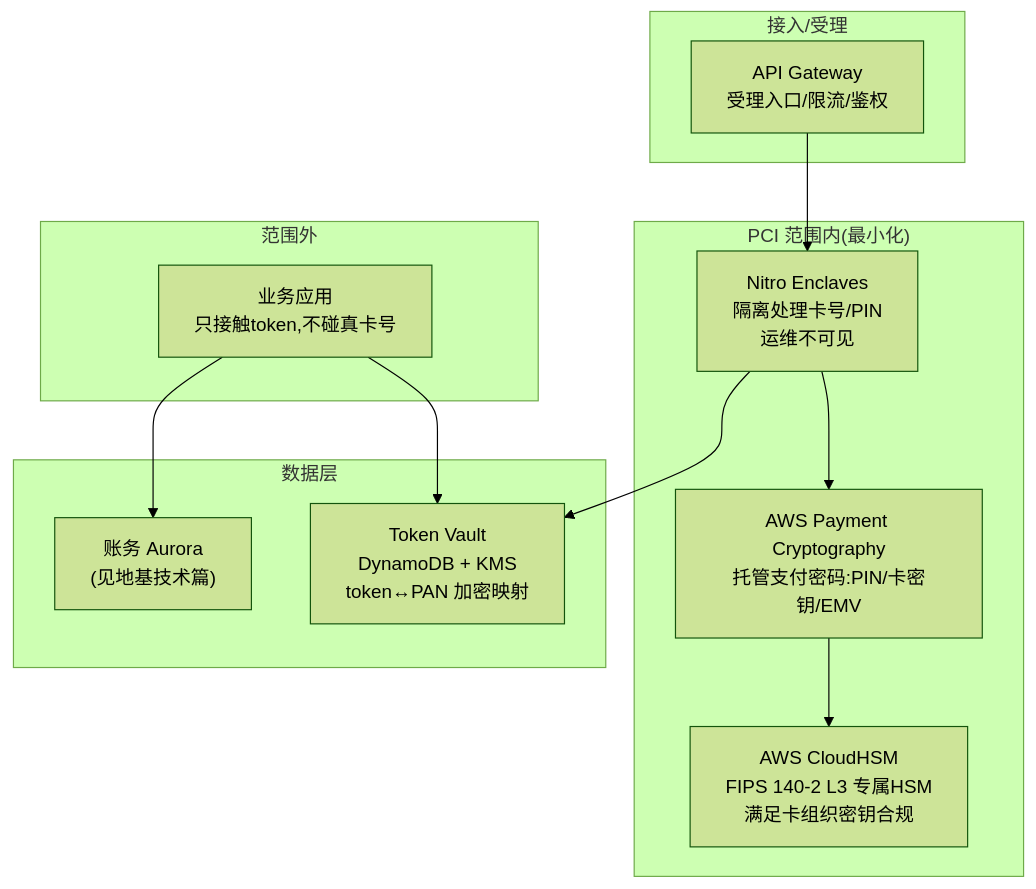
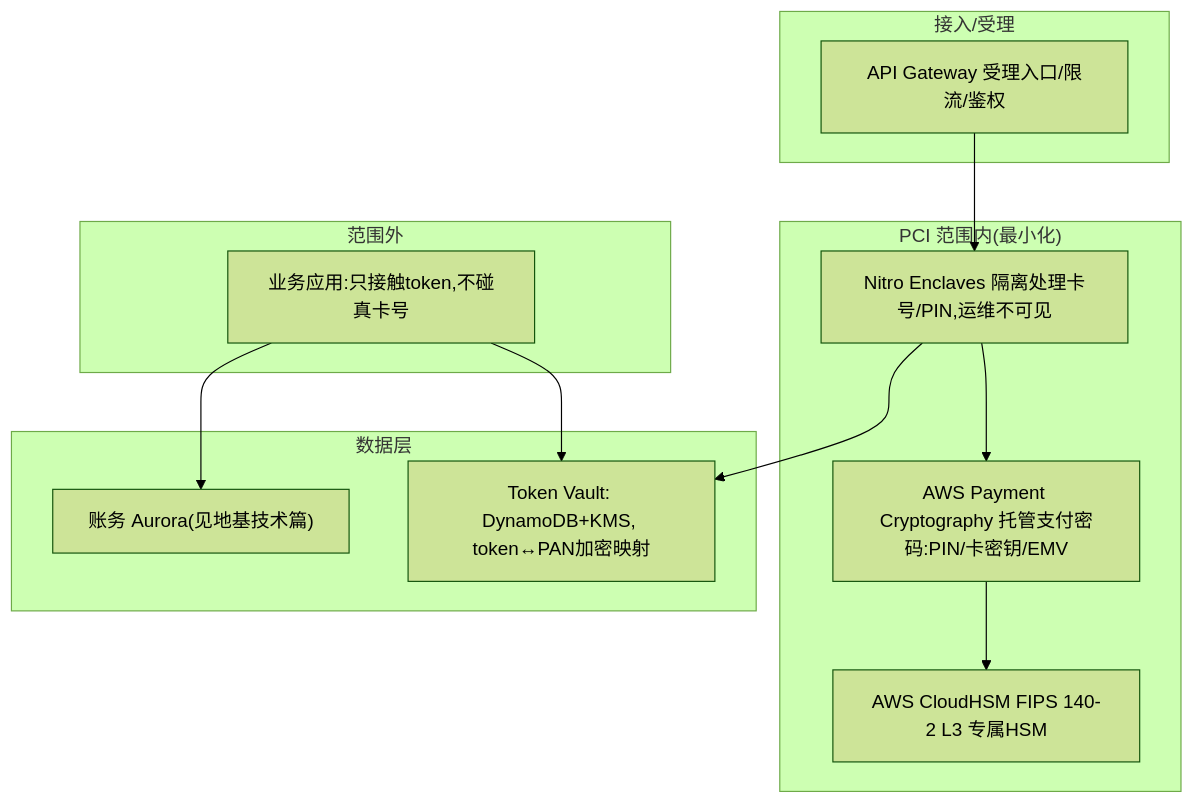
Before and after one commit to loong-ju/tech-research: diagram 12 of 14 in payment/traditional-payment/01-cards-tech-aws.md, drawn with Mermaid (forest theme). The commit also changed other lines of this file and 4 other files, not shown here.

````diff
--- a/payment/traditional-payment/01-cards-tech-aws.md
+++ b/payment/traditional-payment/01-cards-tech-aws.md
@@ -152,24 +283,22 @@
 ```mermaid
 flowchart TB
     subgraph EDGE["接入/受理"]
-        APIGW["API Gateway<br/>受理入口/限流/鉴权"]
+        APIGW["API Gateway 受理入口/限流/鉴权"]
     end
     subgraph SCOPE["PCI 范围内(最小化)"]
-        ENCLAVE["Nitro Enclaves<br/>隔离处理卡号/PIN<br/>运维不可见"]
-        PAYCRYPTO["AWS Payment Cryptography<br/>托管支付密码:PIN/卡密钥/EMV"]
-        HSM["AWS CloudHSM<br/>FIPS 140-2 L3 专属HSM<br/>满足卡组织密钥合规"]
+        ENCLAVE["Nitro Enclaves 隔离处理卡号/PIN,运维不可见"]
+        PAYCRYPTO["AWS Payment Cryptography 托管支付密码:PIN/卡密钥/EMV"]
+        HSM["AWS CloudHSM FIPS 140-2 L3 专属HSM"]
     end
     subgraph DATA["数据层"]
-        VAULT["Token Vault<br/>DynamoDB + KMS<br/>token↔PAN 加密映射"]
-        LEDGER["账务 Aurora<br/>(见地基技术篇)"]
+        VAULT["Token Vault: DynamoDB+KMS, token↔PAN加密映射"]
+        LEDGER["账务 Aurora(见地基技术篇)"]
     end
     subgraph OUT["范围外"]
-        APP["业务应用<br/>只接触token,不碰真卡号"]
+        APP["业务应用:只接触token,不碰真卡号"]
     end
-    APIGW --> ENCLAVE
-    ENCLAVE --> PAYCRYPTO
-    PAYCRYPTO --> HSM
+    APIGW --> ENCLAVE --> PAYCRYPTO --> HSM
     ENCLAVE --> VAULT
     APP --> VAULT
     APP --> LEDGER
 ```
````
